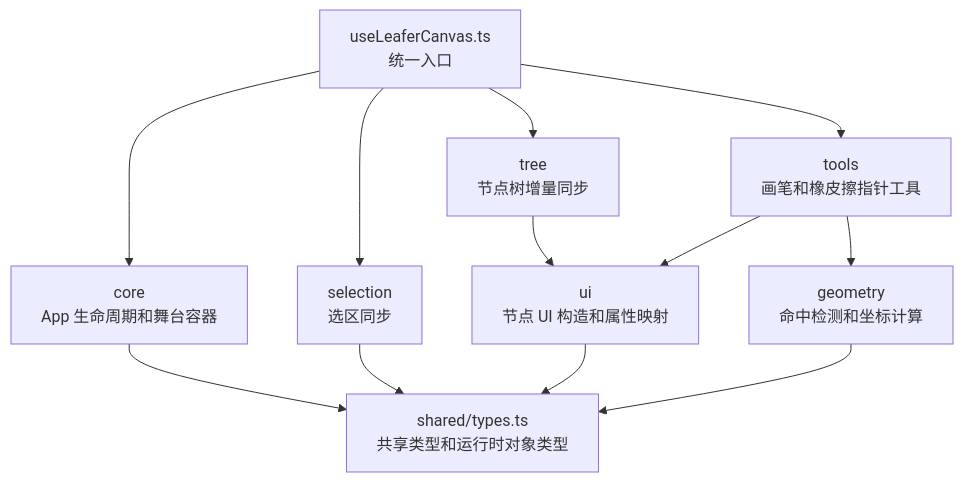
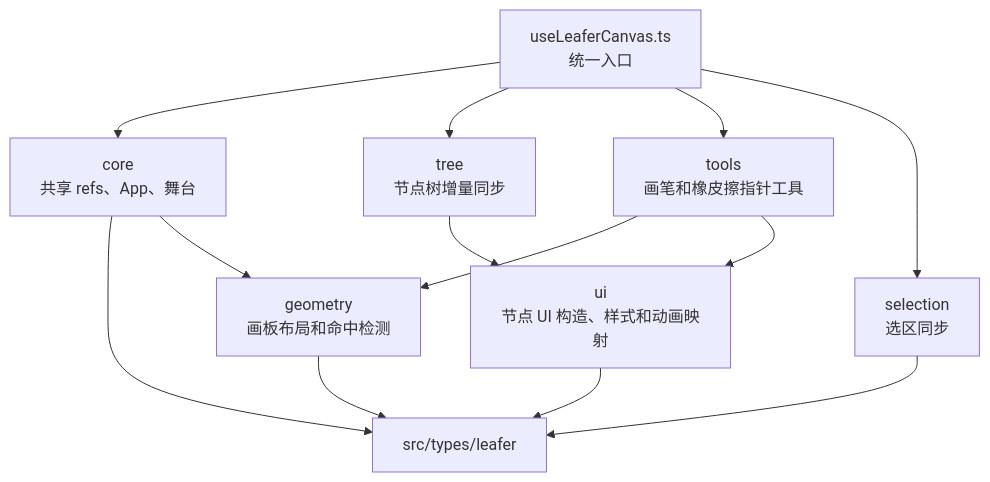
One commit to Tajigaqzh/paint-canvas changed the first of 8 diagrams in src/pages/home/hooks/README.md. Above: the diagram before and after it, drawn with Mermaid. The commit also changed other lines of this file and 101 other files, not shown here.

Commit message:
refactor: 拆分 Leafer hook 并接入图片缓存与单测

````diff
--- a/src/pages/home/hooks/README.md
+++ b/src/pages/home/hooks/README.md
@@ -38,15 +44,16 @@
 ```mermaid
 flowchart TD
-  Entry[useLeaferCanvas.ts<br/>统一入口] --> Core[core<br/>App 生命周期和舞台容器]
+  Entry[useLeaferCanvas.ts<br/>统一入口] --> Core[core<br/>共享 refs、App、舞台]
   Entry --> Tree[tree<br/>节点树增量同步]
   Entry --> Tools[tools<br/>画笔和橡皮擦指针工具]
   Entry --> Selection[selection<br/>选区同步]
 
-  Core --> Shared[shared/types.ts<br/>共享类型和运行时对象类型]
-  Tree --> UI[ui<br/>节点 UI 构造和属性映射]
-  Tools --> Geometry[geometry<br/>命中检测和坐标计算]
+  Core --> Types[src/types/leafer]
+  Tree --> UI[ui<br/>节点 UI 构造、样式和动画映射]
+  Core --> Geometry[geometry<br/>画板布局和命中检测]
+  Tools --> Geometry
   Tools --> UI
-  Selection --> Shared
-  UI --> Shared
-  Geometry --> Shared
+  Selection --> Types
+  UI --> Types
+  Geometry --> Types
 ```
````
